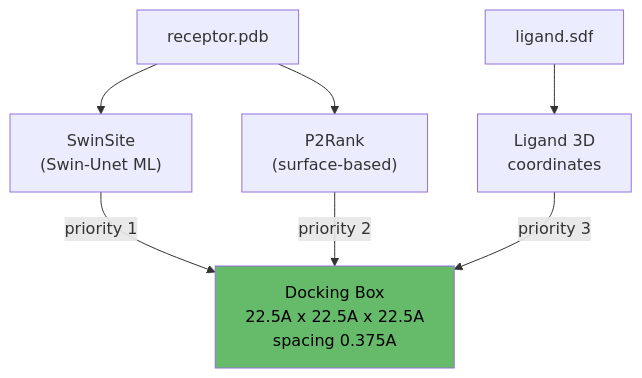
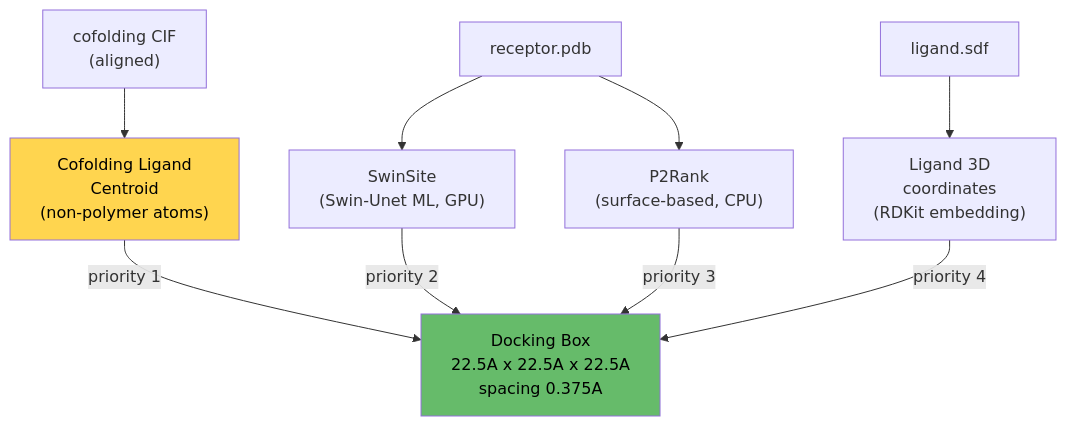
One commit to eightmm/mosaic-pl changed diagram 12 of 23 in docs/pipeline.md. Above: the diagram before and after it, drawn with Mermaid. The commit also changed other lines of this file, not shown here.

First line of the commit message:
docs: update pipeline.md for frame alignment, cofolding box center, top-5 diverse submission

````diff
--- a/docs/pipeline.md
+++ b/docs/pipeline.md
@@ -276,12 +332,15 @@
 ```mermaid
 flowchart TB
-    PDB["receptor.pdb"] --> SWIN["SwinSite\n(Swin-Unet ML)"]
-    PDB --> P2R["P2Rank\n(surface-based)"]
-    SDF["ligand.sdf"] --> FALLBACK["Ligand 3D\ncoordinates"]
+    CIF["cofolding CIF\n(aligned)"] --> COFOLD["Cofolding Ligand\nCentroid\n(non-polymer atoms)"]
+    PDB["receptor.pdb"] --> SWIN["SwinSite\n(Swin-Unet ML, GPU)"]
+    PDB --> P2R["P2Rank\n(surface-based, CPU)"]
+    SDF["ligand.sdf"] --> FALLBACK["Ligand 3D\ncoordinates\n(RDKit embedding)"]
 
-    SWIN -->|"priority 1"| BOX["Docking Box\n22.5A x 22.5A x 22.5A\nspacing 0.375A"]
-    P2R -->|"priority 2"| BOX
-    FALLBACK -->|"priority 3"| BOX
+    COFOLD -->|"priority 1"| BOX["Docking Box\n22.5A x 22.5A x 22.5A\nspacing 0.375A"]
+    SWIN -->|"priority 2"| BOX
+    P2R -->|"priority 3"| BOX
+    FALLBACK -->|"priority 4"| BOX
 
+    style COFOLD fill:#ffd54f,color:#000
     style BOX fill:#66bb6a,color:#000
 ```
````
